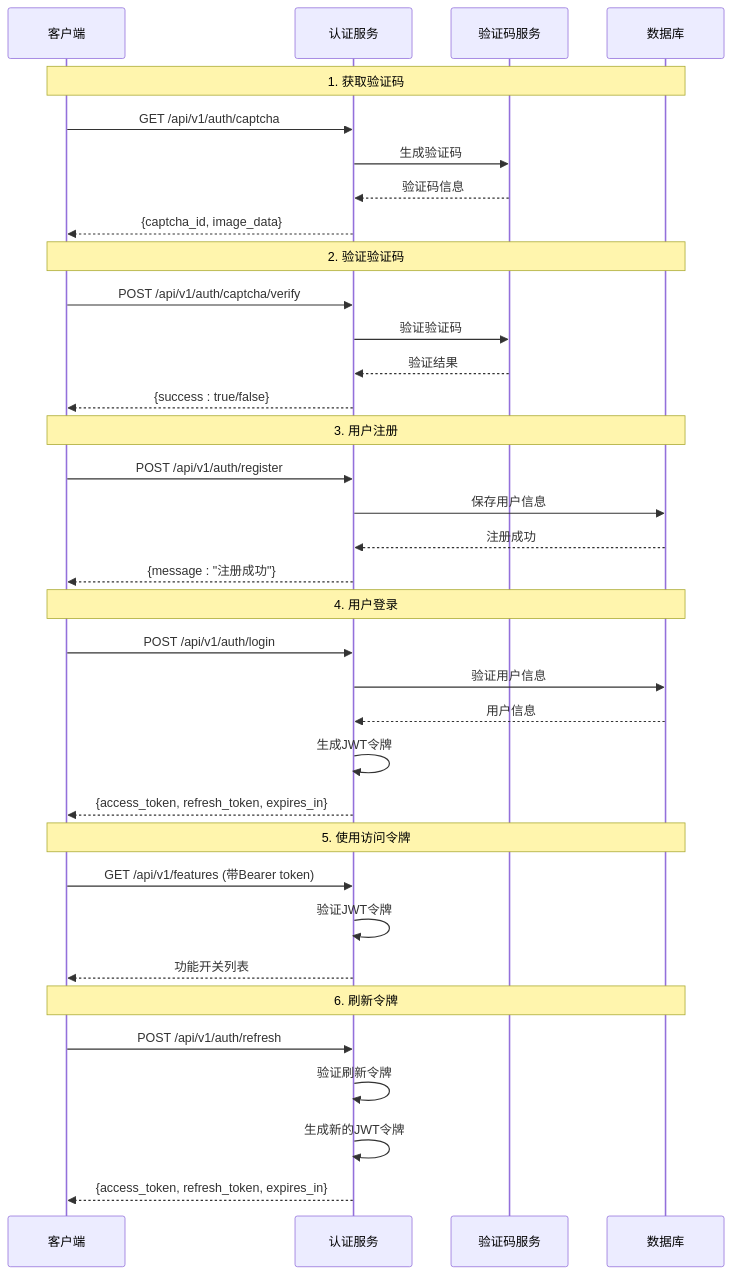
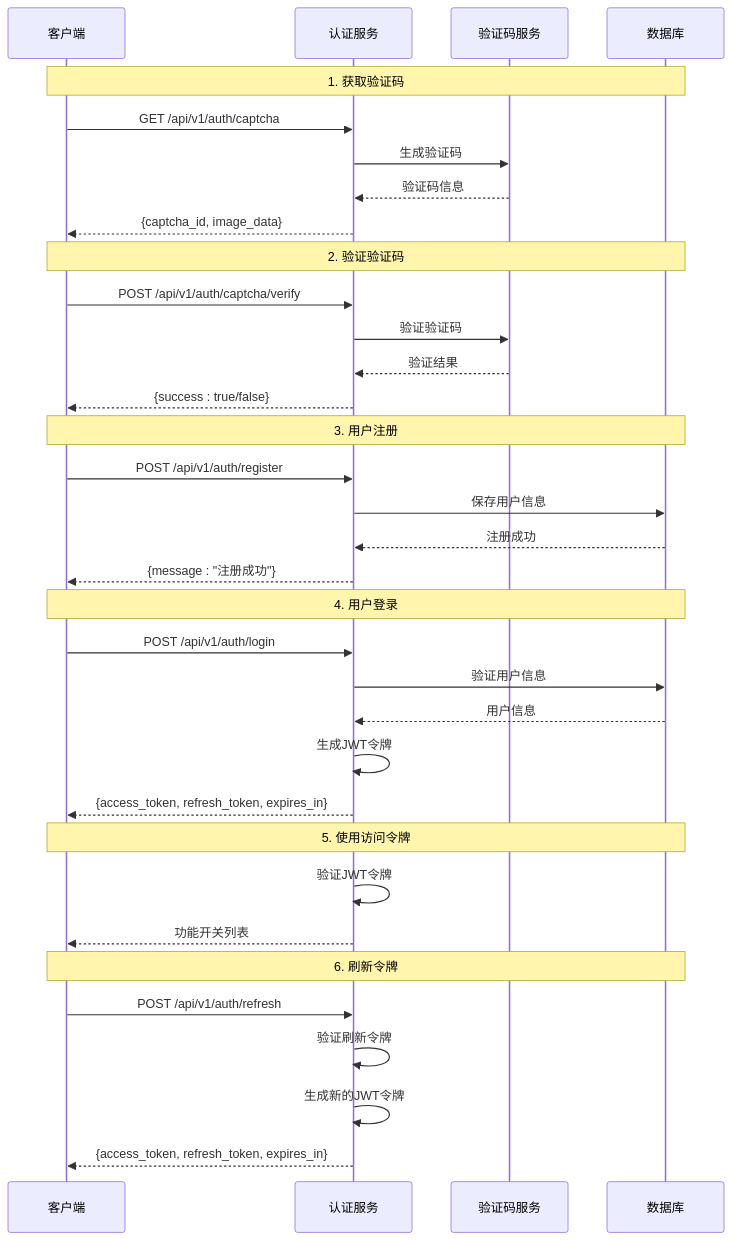
The third of 4 diagrams in .qoder/repowiki/zh/content/API接口参考/API接口参考.md (26huitailang/kratos-boilerplate), drawn with Mermaid before and after one commit. The commit also changed other lines of this file and 14 other files, not shown here.

````diff
--- a/.qoder/repowiki/zh/content/API接口参考/API接口参考.md
+++ b/.qoder/repowiki/zh/content/API接口参考/API接口参考.md
@@ -618,37 +441,36 @@
 ```mermaid
 sequenceDiagram
 participant Client as 客户端
 participant Auth as 认证服务
 participant Captcha as 验证码服务
 participant DB as 数据库
 Note over Client,DB : 1. 获取验证码
 Client->>Auth : GET /api/v1/auth/captcha
 Auth->>Captcha : 生成验证码
 Captcha-->>Auth : 验证码信息
 Auth-->>Client : {captcha_id, image_data}
 Note over Client,DB : 2. 验证验证码
 Client->>Auth : POST /api/v1/auth/captcha/verify
 Auth->>Captcha : 验证验证码
 Captcha-->>Auth : 验证结果
 Auth-->>Client : {success : true/false}
 Note over Client,DB : 3. 用户注册
 Client->>Auth : POST /api/v1/auth/register
 Auth->>DB : 保存用户信息
 DB-->>Auth : 注册成功
 Auth-->>Client : {message : "注册成功"}
 Note over Client,DB : 4. 用户登录
 Client->>Auth : POST /api/v1/auth/login
 Auth->>DB : 验证用户信息
 DB-->>Auth : 用户信息
 Auth->>Auth : 生成JWT令牌
 Auth-->>Client : {access_token, refresh_token, expires_in}
 Note over Client,DB : 5. 使用访问令牌
-Client->>Auth : GET /api/v1/features (带Bearer token)
 Auth->>Auth : 验证JWT令牌
 Auth-->>Client : 功能开关列表
 Note over Client,DB : 6. 刷新令牌
 Client->>Auth : POST /api/v1/auth/refresh
 Auth->>Auth : 验证刷新令牌
 Auth->>Auth : 生成新的JWT令牌
 Auth-->>Client : {access_token, refresh_token, expires_in}
 ```
````
